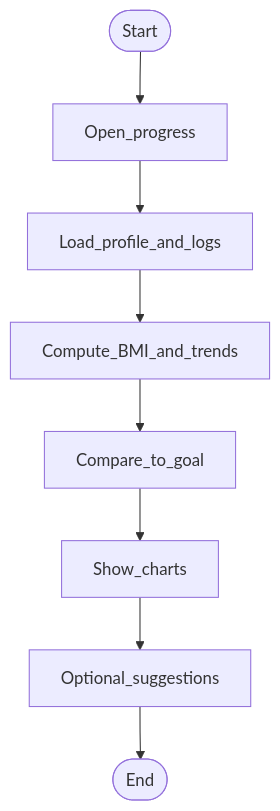
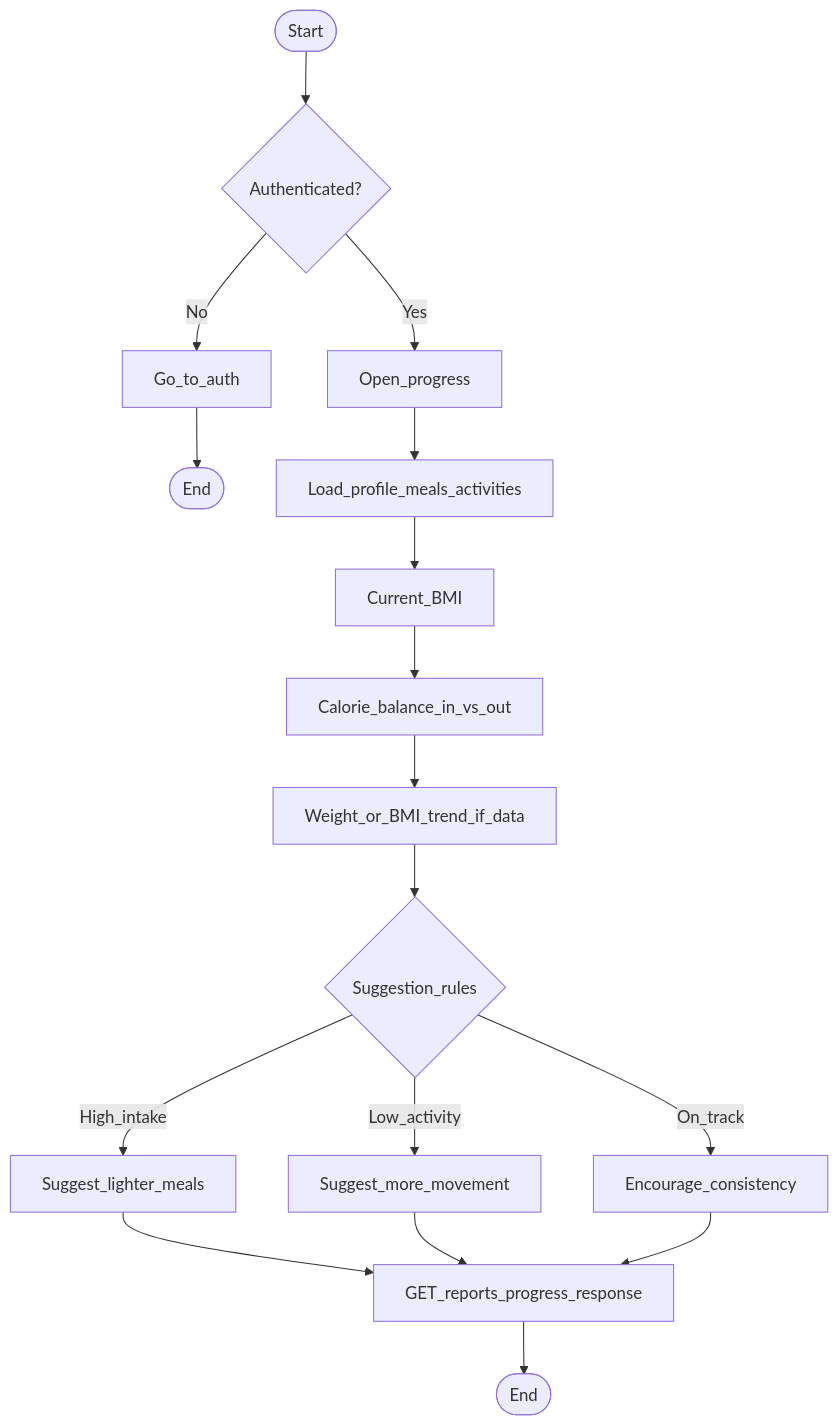
Before and after one commit to RtinFp/relapsa: the diagram in docs/architecture/activity-progress.md, drawn with Mermaid. The commit also changed other lines of this file and 5 other files, not shown here.

````diff
--- a/docs/architecture/activity-progress.md
+++ b/docs/architecture/activity-progress.md
@@ -5,10 +3,19 @@
 ```mermaid
 flowchart TD
-  A([Start]) --> B[Open_progress]
-  B --> C[Load_profile_and_logs]
-  C --> D[Compute_BMI_and_trends]
-  D --> E[Compare_to_goal]
-  E --> F[Show_charts]
-  F --> G[Optional_suggestions]
-  G --> H([End])
+  startNode([Start]) --> auth{Authenticated?}
+  auth -->|No| login[Go_to_auth]
+  login --> endFail([End])
+  auth -->|Yes| open[Open_progress]
+  open --> load[Load_profile_meals_activities]
+  load --> bmi[Current_BMI]
+  bmi --> balance[Calorie_balance_in_vs_out]
+  balance --> trend[Weight_or_BMI_trend_if_data]
+  trend --> rules{Suggestion_rules}
+  rules -->|High_intake| sugN[Suggest_lighter_meals]
+  rules -->|Low_activity| sugA[Suggest_more_movement]
+  rules -->|On_track| sugOk[Encourage_consistency]
+  sugN --> show[GET_reports_progress_response]
+  sugA --> show
+  sugOk --> show
+  show --> endOk([End])
 ```
````
